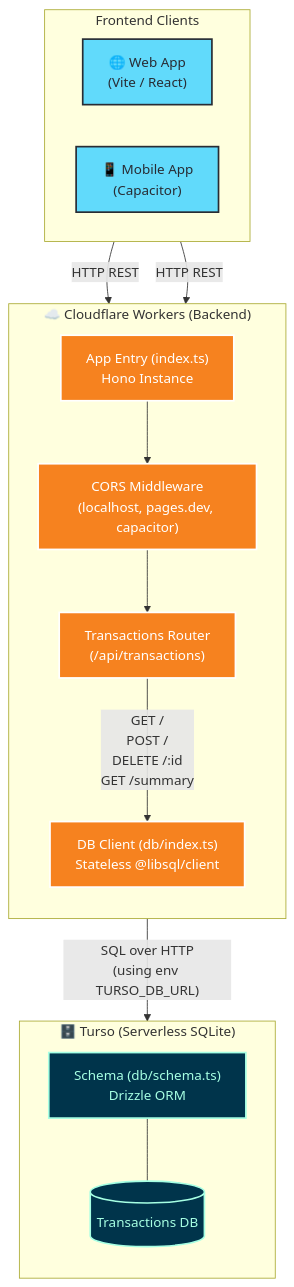
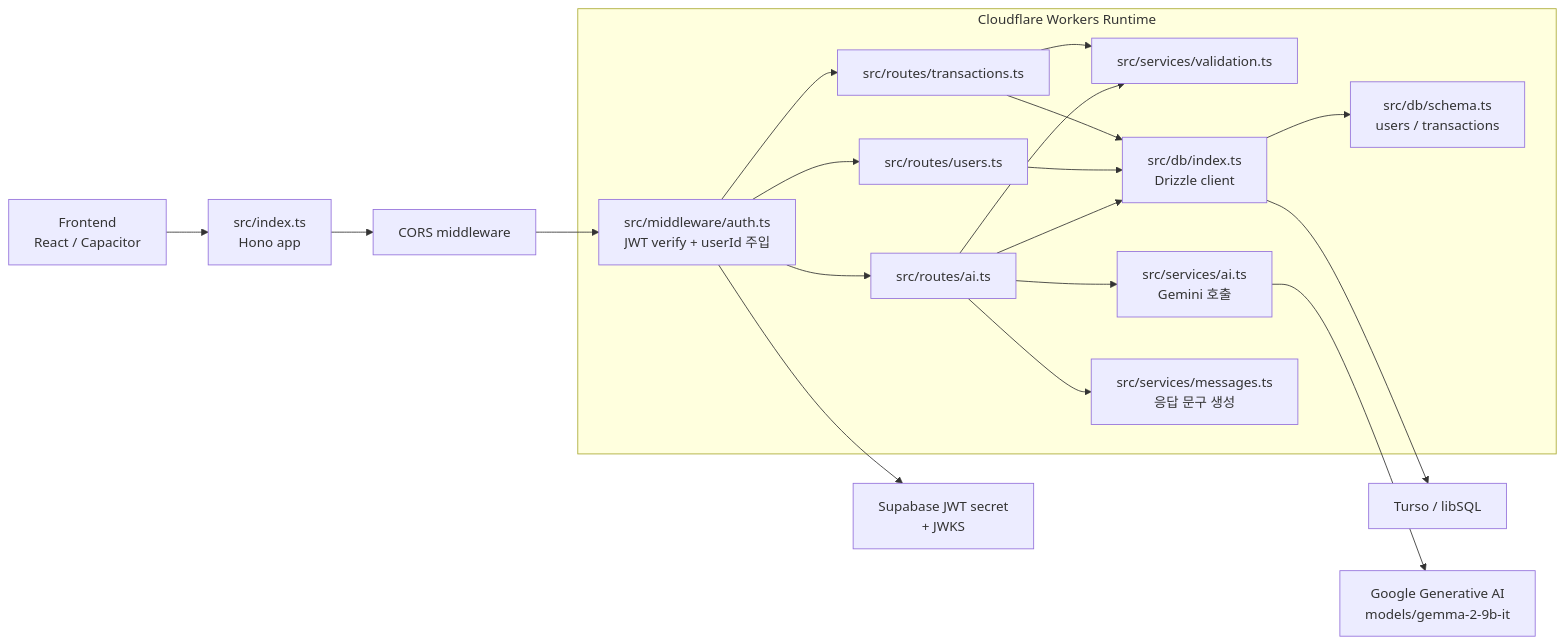
Before and after one commit to newsupernova0617/FastSaaS02_Track01_1: the first of 4 diagrams in docs/backend_architecture.md, drawn with Mermaid. The commit also changed other lines of this file and 1 other file, not shown here.

Commit message:
Update backend_architecture.md & backend_structure.md

````diff
--- a/docs/backend_architecture.md
+++ b/docs/backend_architecture.md
@@ -5,36 +11,28 @@
 ```mermaid
-graph TD
-    classDef cf fill:#f6821f,stroke:#fff,stroke-width:2px,color:#fff;
-    classDef turso fill:#00344b,stroke:#a6ffe3,stroke-width:2px,color:#a6ffe3;
-    classDef client fill:#61dafb,stroke:#282c34,stroke-width:2px,color:#282c34;
+flowchart LR
+    Client["Frontend<br/>React / Capacitor"] --> Entry["src/index.ts<br/>Hono app"]
+    Entry --> Cors["CORS middleware"]
+    Cors --> Auth["src/middleware/auth.ts<br/>JWT verify + userId 주입"]
 
-    subgraph Clients["Frontend Clients"]
-        direction LR
-        Web["🌐 Web App<br/>(Vite / React)"]:::client
-        Mobile["📱 Mobile App<br/>(Capacitor)"]:::client
+    subgraph Worker["Cloudflare Workers Runtime"]
+        Auth --> Tx["src/routes/transactions.ts"]
+        Auth --> User["src/routes/users.ts"]
+        Auth --> AI["src/routes/ai.ts"]
+
+        Tx --> Val["src/services/validation.ts"]
+        Tx --> DB["src/db/index.ts<br/>Drizzle client"]
+
+        User --> DB
+
+        AI --> AISvc["src/services/ai.ts<br/>Gemini 호출"]
+        AI --> Val
+        AI --> Msg["src/services/messages.ts<br/>응답 문구 생성"]
+        AI --> DB
+
+        DB --> Schema["src/db/schema.ts<br/>users / transactions"]
     end
 
-    subgraph CFWorkers["☁️ Cloudflare Workers (Backend)"]
-        direction TB
-        App["App Entry (index.ts)<br/>Hono Instance"]:::cf
-        CORS["CORS Middleware<br/>(localhost, pages.dev, capacitor)"]:::cf
-        Router["Transactions Router<br/>(/api/transactions)"]:::cf
-        DBClient["DB Client (db/index.ts)<br/>Stateless @libsql/client"]:::cf
-        
-        App --> CORS
-        CORS --> Router
-        Router --> |"GET /<br/>POST /<br/>DELETE /:id<br/>GET /summary"| DBClient
-    end
-
-    subgraph Turso["🗄️ Turso (Serverless SQLite)"]
-        direction TB
-        SQLite[("Transactions DB")]:::turso
-        Schema["Schema (db/schema.ts)<br/>Drizzle ORM"]:::turso
-        
-        Schema --- SQLite
-    end
-
-    Web -- "HTTP REST" --> App
-    Mobile -- "HTTP REST" --> App
-    DBClient -- "SQL over HTTP<br/>(using env TURSO_DB_URL)" --> SQLite
+    DB --> Turso["Turso / libSQL"]
+    Auth --> Supabase["Supabase JWT secret<br/>+ JWKS"]
+    AISvc --> Gemini["Google Generative AI<br/>models/gemma-2-9b-it"]
 ```
````
